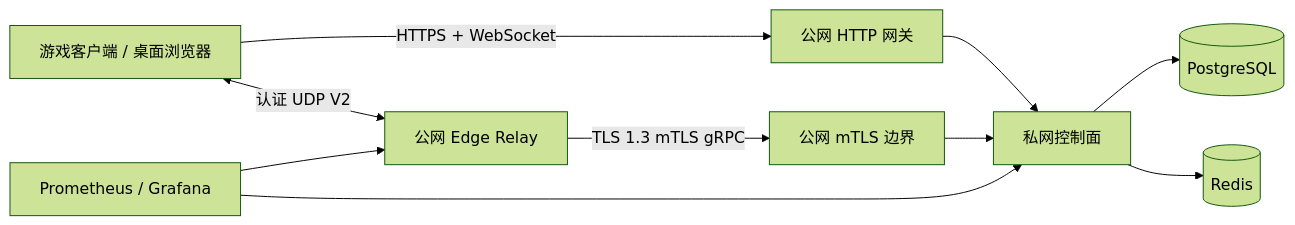
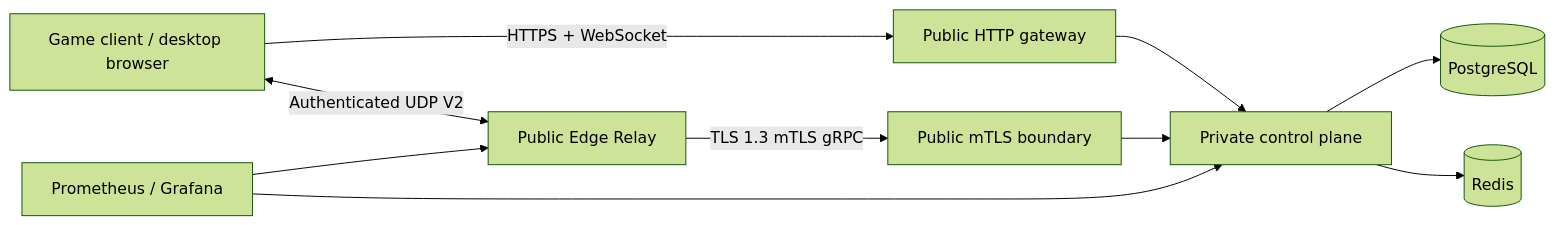
One commit to Dubnium-105/ProjectRebound changed the diagram in docs/architecture/overview.md. Above: the diagram before and after it, drawn with Mermaid (forest theme). The commit also changed other lines of this file and 28 other files, not shown here.

````diff
--- a/docs/architecture/overview.md
+++ b/docs/architecture/overview.md
@@ -5,12 +7,12 @@
 ```mermaid
 flowchart LR
-    Client["游戏客户端 / 桌面浏览器"] -->|"HTTPS + WebSocket"| Gateway["公网 HTTP 网关"]
-    Gateway --> Control["私网控制面"]
+    Client["Game client / desktop browser"] -->|"HTTPS + WebSocket"| Gateway["Public HTTP gateway"]
+    Gateway --> Control["Private control plane"]
     Control --> PG[(PostgreSQL)]
     Control --> Redis[(Redis)]
-    Relay["公网 Edge Relay"] -->|"TLS 1.3 mTLS gRPC"| Boundary["公网 mTLS 边界"]
+    Relay["Public Edge Relay"] -->|"TLS 1.3 mTLS gRPC"| Boundary["Public mTLS boundary"]
     Boundary --> Control
-    Client <-->|"认证 UDP V2"| Relay
+    Client <-->|"Authenticated UDP V2"| Relay
     Monitor["Prometheus / Grafana"] --> Control
     Monitor --> Relay
 ```
````
